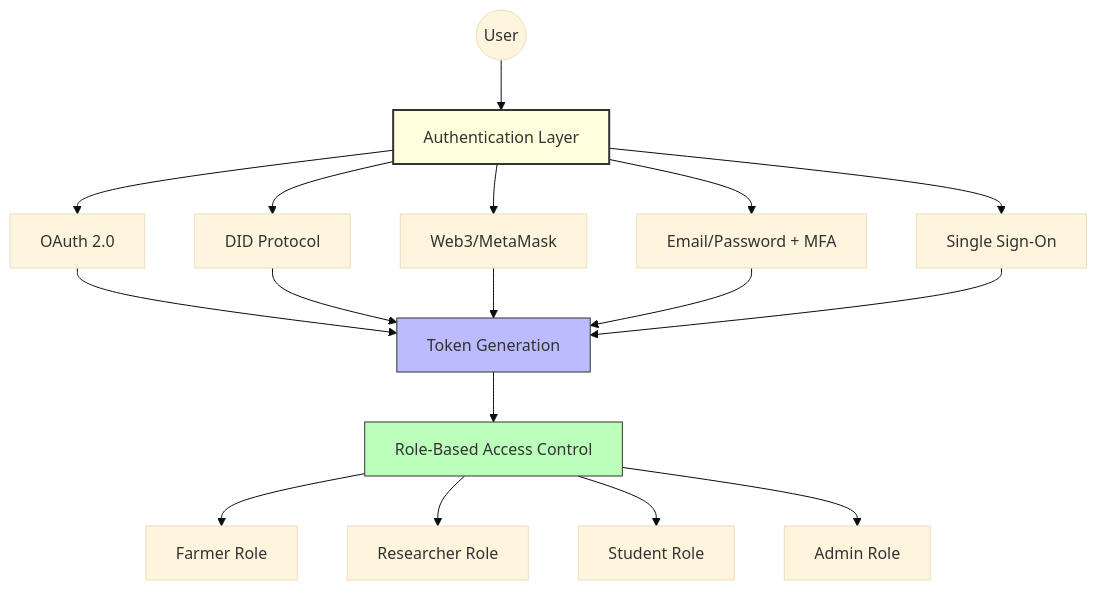
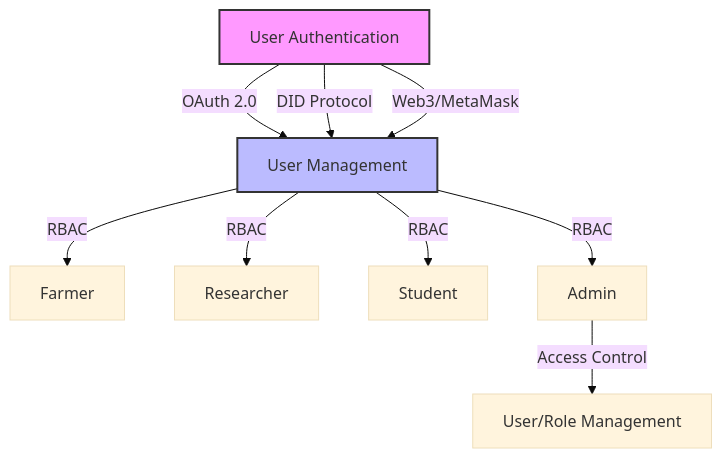
One commit to naratech-eng/researcher-platform changed the second of 3 diagrams in docs/architecture/overview.md. Above: the diagram before and after it, drawn with Mermaid (base theme). The commit also changed other lines of this file and 19 other files, not shown here.

````diff
--- a/docs/architecture/overview.md
+++ b/docs/architecture/overview.md
@@ -258,27 +103,14 @@
 ```mermaid
-flowchart TD
-    User((User)) --> Auth[Authentication Layer]
+graph TD
+    Auth[User Authentication] -->|OAuth 2.0| UM[User Management]
+    Auth -->|DID Protocol| UM
+    Auth -->|Web3/MetaMask| UM
+    UM -->|RBAC| Farmer[Farmer]
+    UM -->|RBAC| Researcher[Researcher]
+    UM -->|RBAC| Student[Student]
+    UM -->|RBAC| Admin[Admin]
+    Admin -->|Access Control| UserRole[User/Role Management]
     
-    Auth --> OAuth[OAuth 2.0]
-    Auth --> DID[DID Protocol]
-    Auth --> Web3[Web3/MetaMask]
-    Auth --> EmailPwd[Email/Password + MFA]
-    Auth --> SSO[Single Sign-On]
-    
-    OAuth --> TokenGen[Token Generation]
-    DID --> TokenGen
-    Web3 --> TokenGen
-    EmailPwd --> TokenGen
-    SSO --> TokenGen
-    
-    TokenGen --> RBAC[Role-Based Access Control]
-    
-    RBAC --> FarmerRole[Farmer Role]
-    RBAC --> ResearcherRole[Researcher Role]
-    RBAC --> StudentRole[Student Role]
-    RBAC --> AdminRole[Admin Role]
-    
-    style Auth fill:#ffd,stroke:#333,stroke-width:2px
-    style TokenGen fill:#bbf,stroke:#333,stroke-width:1px
-    style RBAC fill:#bfb,stroke:#333,stroke-width:1px
+    style Auth fill:#f9f,stroke:#333,stroke-width:2px
+    style UM fill:#bbf,stroke:#333,stroke-width:2px
 ```
````
